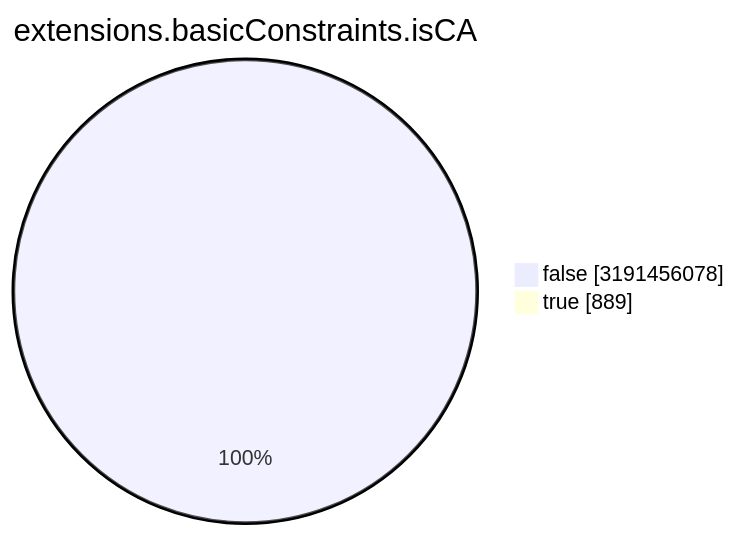
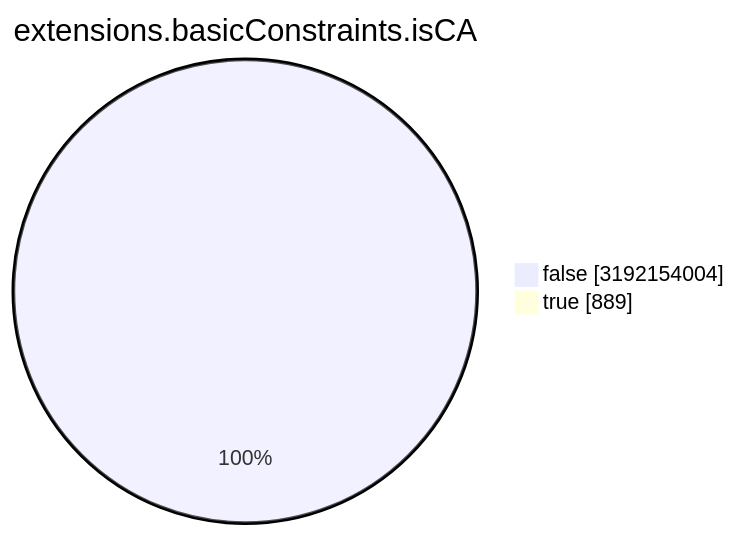
Before and after one commit to christiankrug/ctmonitor_visualization: the seventh of 15 diagrams in TOTAL/README.md, drawn with Mermaid. The commit also changed other lines of this file, not shown here.

````diff
--- a/TOTAL/README.md
+++ b/TOTAL/README.md
@@ -3088,6 +3088,6 @@
 ```mermaid
 pie showData
 title extensions.basicConstraints.isCA
-"false" :3191456078
+"false" :3192154004
 "true" :889
 ```
````
